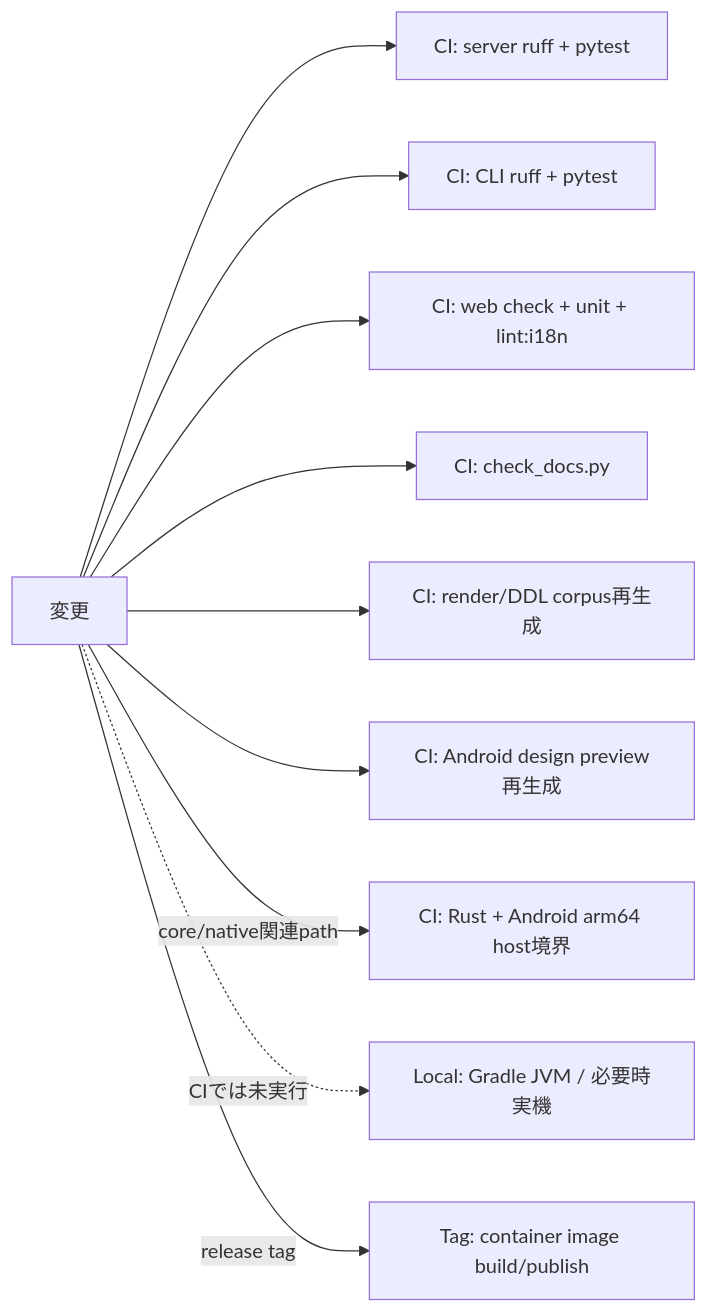
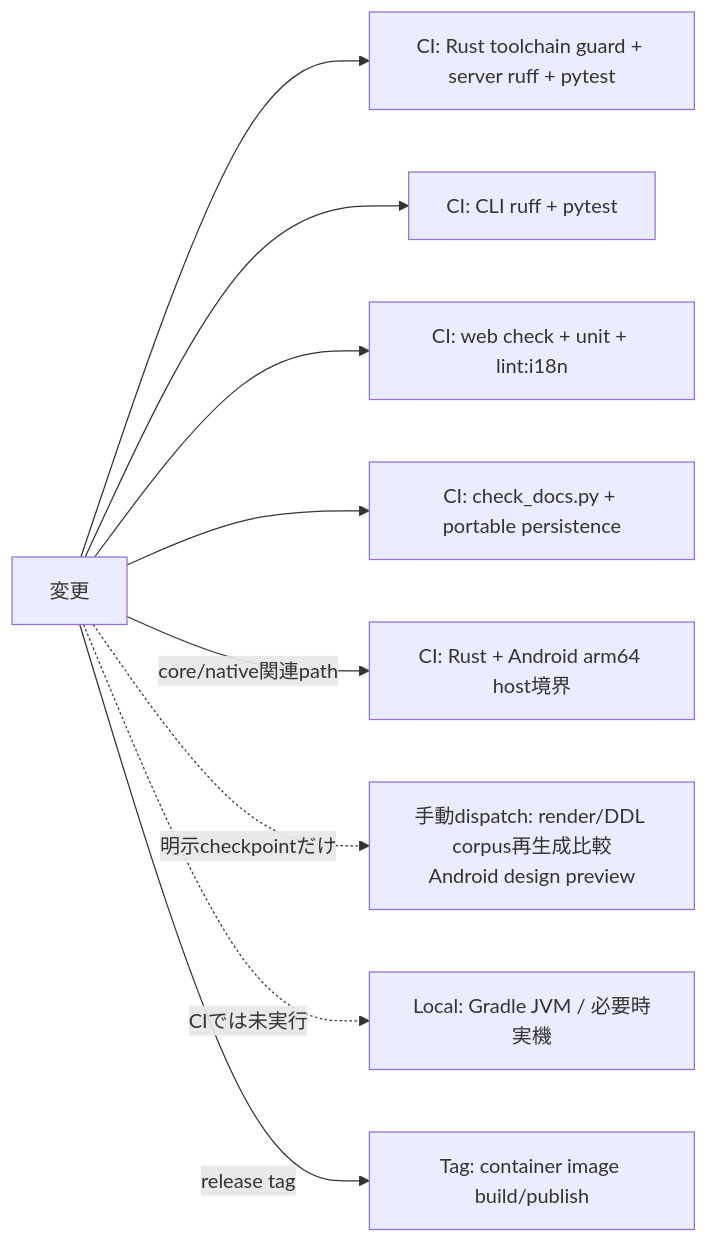
Before and after one commit to oikawas/inku-lang: the diagram in docs/architecture/change-impact-map.ja.md, drawn with Mermaid. The commit also changed other lines of this file and 27 other files, not shown here.

First line of the commit message:
Update architecture documents for the shared Rust pipeline

````diff
--- a/docs/architecture/change-impact-map.ja.md
+++ b/docs/architecture/change-impact-map.ja.md
@@ -27,23 +31,21 @@
 ```mermaid
 flowchart LR
     CHANGE["変更"]
-    CI_SERVER["CI: server ruff + pytest"]
+    CI_SERVER["CI: Rust toolchain guard + server ruff + pytest"]
     CI_CLI["CI: CLI ruff + pytest"]
     CI_WEB["CI: web check + unit + lint:i18n"]
-    CI_DOCS["CI: check_docs.py"]
-    CI_CORPUS["CI: render/DDL corpus再生成"]
-    CI_PREVIEW["CI: Android design preview再生成"]
+    CI_DOCS["CI: check_docs.py + portable persistence"]
     CI_ANDROID["CI: Rust + Android arm64 host境界"]
+    MANUAL_CORPUS["手動dispatch: render/DDL corpus再生成比較\nAndroid design preview"]
     LOCAL_ANDROID["Local: Gradle JVM / 必要時実機"]
     RELEASE["Tag: container image build/publish"]
 
     CHANGE --> CI_SERVER
     CHANGE --> CI_CLI
     CHANGE --> CI_WEB
     CHANGE --> CI_DOCS
-    CHANGE --> CI_CORPUS
-    CHANGE --> CI_PREVIEW
     CHANGE -->|"core/native関連path"| CI_ANDROID
+    CHANGE -.->|"明示checkpointだけ"| MANUAL_CORPUS
     CHANGE -.->|"CIでは未実行"| LOCAL_ANDROID
     CHANGE -->|"release tag"| RELEASE
 ```
````
